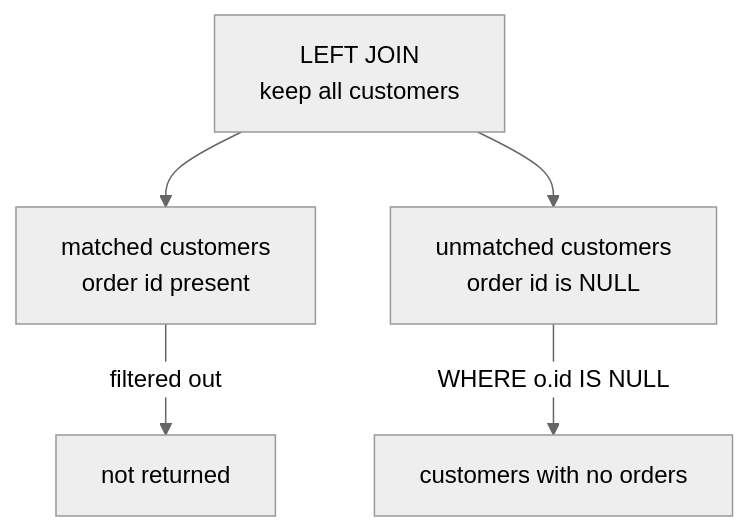
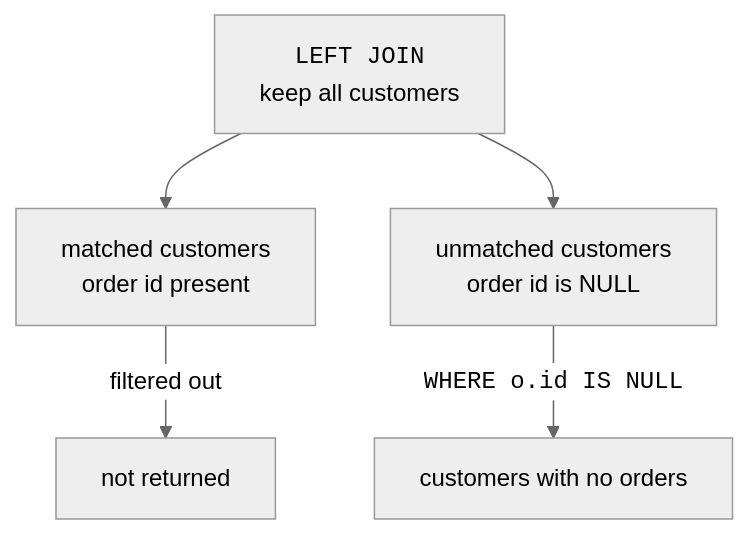
One commit to dataslope/dataslope changed the third of 4 diagrams in content/learn/sqlite-for-beginners/outer-joins.mdx. Above: the diagram before and after it, drawn with Mermaid (neutral theme). The commit also changed other lines of this file and 100 other files, not shown here.

First line of the commit message:
Wrap mermaid expressions, SQL, edge labels & entity names in monospace `<code>` (#473)

````diff
--- a/content/learn/sqlite-for-beginners/outer-joins.mdx
+++ b/content/learn/sqlite-for-beginners/outer-joins.mdx
@@ -115,7 +115,7 @@
 ```mermaid
 flowchart TB
-    A["LEFT JOIN<br/>keep all customers"] --> B["matched customers<br/>order id present"]
+    A["<code>LEFT JOIN</code><br/>keep all customers"] --> B["matched customers<br/>order id present"]
     A --> C["unmatched customers<br/>order id is NULL"]
-    C -->|"WHERE o.id IS NULL"| D["customers with no orders"]
+    C -->|"<code>WHERE o.id IS NULL</code>"| D["customers with no orders"]
     B -->|"filtered out"| X["not returned"]
 ```
````
